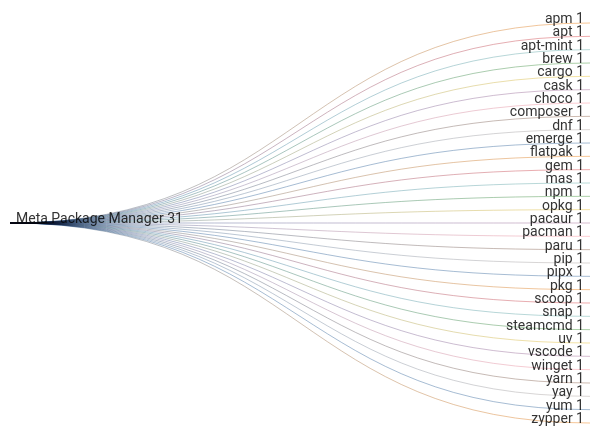
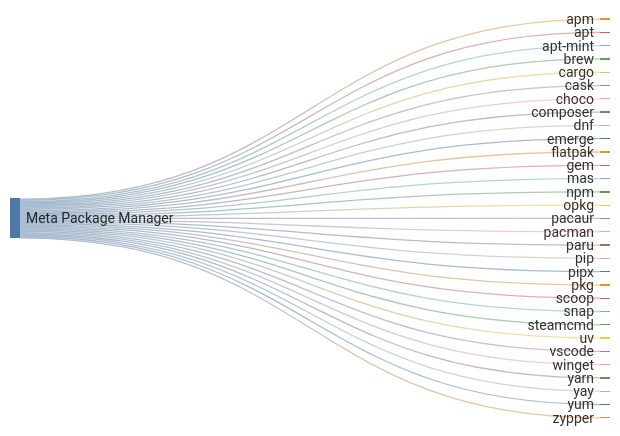
The diagram in readme.md (kdeldycke/meta-package-manager), drawn with Mermaid before and after one commit. The commit also changed 2 other files, not shown here.

Commit message:
Force zoom and Sankey hidden values globally
Refs: https://github.com/mgaitan/sphinxcontrib-mermaid/issues/147

````diff
--- a/readme.md
+++ b/readme.md
@@ -64,35 +64,40 @@
 ```mermaid
+---
+config:
+  sankey:
+    showValues: false
+---
 sankey-beta
 
 Meta Package Manager,apm,1
 Meta Package Manager,apt,1
 Meta Package Manager,apt-mint,1
 Meta Package Manager,brew,1
 Meta Package Manager,cargo,1
 Meta Package Manager,cask,1
 Meta Package Manager,choco,1
 Meta Package Manager,composer,1
 Meta Package Manager,dnf,1
 Meta Package Manager,emerge,1
 Meta Package Manager,flatpak,1
 Meta Package Manager,gem,1
 Meta Package Manager,mas,1
 Meta Package Manager,npm,1
 Meta Package Manager,opkg,1
 Meta Package Manager,pacaur,1
 Meta Package Manager,pacman,1
 Meta Package Manager,paru,1
 Meta Package Manager,pip,1
 Meta Package Manager,pipx,1
 Meta Package Manager,pkg,1
 Meta Package Manager,scoop,1
 Meta Package Manager,snap,1
 Meta Package Manager,steamcmd,1
 Meta Package Manager,uv,1
 Meta Package Manager,vscode,1
 Meta Package Manager,winget,1
 Meta Package Manager,yarn,1
 Meta Package Manager,yay,1
 Meta Package Manager,yum,1
 Meta Package Manager,zypper,1
 ```
````
